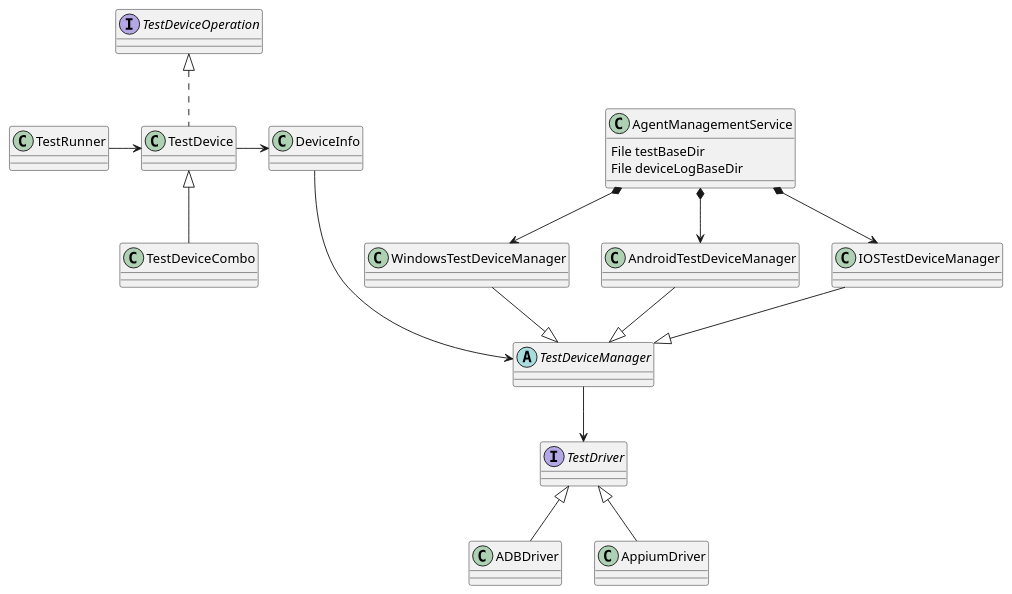
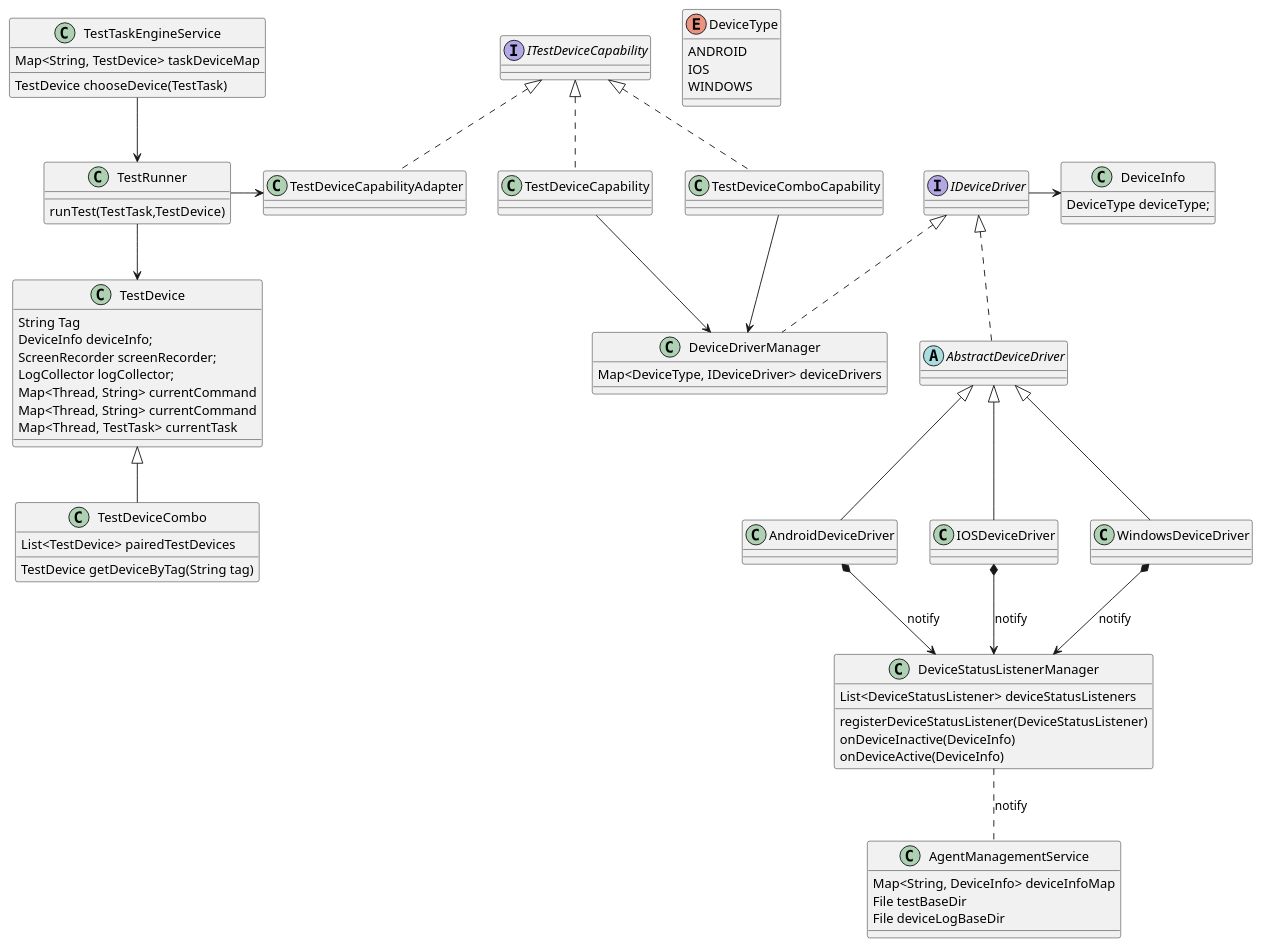
Before and after one commit to microsoft/HydraLab: the diagram in agent/doc/UML/agent_device_management_design.puml, drawn with PlantUML.

```diff
--- a/agent/doc/UML/agent_device_management_design.puml
+++ b/agent/doc/UML/agent_device_management_design.puml
@@ -1,35 +1,79 @@
 @startuml
 'https://plantuml.com/class-diagram
+enum DeviceType{
+    ANDROID
+    IOS
+    WINDOWS
+}
+
+class DeviceInfo{
+    DeviceType deviceType;
+}
 
 class AgentManagementService {
+    Map<String, DeviceInfo> deviceInfoMap
     File testBaseDir
     File deviceLogBaseDir
 }
-interface TestDeviceOperation
-class TestDevice implements TestDeviceOperation
-class TestDeviceCombo extends TestDevice
+class DeviceStatusListenerManager{
+    List<DeviceStatusListener> deviceStatusListeners
+    registerDeviceStatusListener(DeviceStatusListener)
+    onDeviceInactive(DeviceInfo)
+    onDeviceActive(DeviceInfo)
+}
+class TestTaskEngineService{
+    TestDevice chooseDevice(TestTask)
+    Map<String, TestDevice> taskDeviceMap
+}
+
+
 class DeviceInfo
-abstract class TestDeviceManager
-class AndroidTestDeviceManager
-class IOSTestDeviceManager
-class WindowsTestDeviceManager
+interface ITestDeviceCapability
+class TestDeviceCapability implements ITestDeviceCapability
+class TestDeviceComboCapability implements ITestDeviceCapability
+class TestDeviceCapabilityAdapter implements ITestDeviceCapability
 
-interface TestDriver
+class TestDevice{
+String Tag
+DeviceInfo deviceInfo;
+ScreenRecorder screenRecorder;
+LogCollector logCollector;
+Map<Thread, String> currentCommand
+Map<Thread, String> currentCommand
+Map<Thread, TestTask> currentTask
+}
 
-AndroidTestDeviceManager --|> TestDeviceManager
-IOSTestDeviceManager --|> TestDeviceManager
-WindowsTestDeviceManager --|> TestDeviceManager
+class TestDeviceCombo extends TestDevice{
+List<TestDevice> pairedTestDevices
+TestDevice getDeviceByTag(String tag)
+}
 
-AgentManagementService *--> AndroidTestDeviceManager
-AgentManagementService *--> IOSTestDeviceManager
-AgentManagementService *--> WindowsTestDeviceManager
+class TestRunner{
+    runTest(TestTask,TestDevice)
+}
 
-TestDeviceManager --> TestDriver
+interface IDeviceDriver
+class DeviceDriverManager implements IDeviceDriver{
+Map<DeviceType, IDeviceDriver> deviceDrivers
+}
+abstract class AbstractDeviceDriver implements IDeviceDriver
+class AndroidDeviceDriver extends AbstractDeviceDriver
+class IOSDeviceDriver   extends AbstractDeviceDriver
+class WindowsDeviceDriver extends AbstractDeviceDriver
 
-ADBDriver -u-|> TestDriver
-AppiumDriver -u-|> TestDriver
 
-TestRunner -r-> TestDevice
-TestDevice -r-> DeviceInfo
-DeviceInfo ---> TestDeviceManager
+TestRunner --> TestDevice
+TestRunner -r-> TestDeviceCapabilityAdapter
+TestDeviceCapability --> DeviceDriverManager
+TestDeviceComboCapability --> DeviceDriverManager
+
+TestTaskEngineService --> TestRunner
+
+IDeviceDriver -> DeviceInfo
+AndroidDeviceDriver *--> DeviceStatusListenerManager : notify
+IOSDeviceDriver *--> DeviceStatusListenerManager : notify
+WindowsDeviceDriver *--> DeviceStatusListenerManager : notify
+
+DeviceStatusListenerManager .. AgentManagementService : notify
+
 @enduml
```
